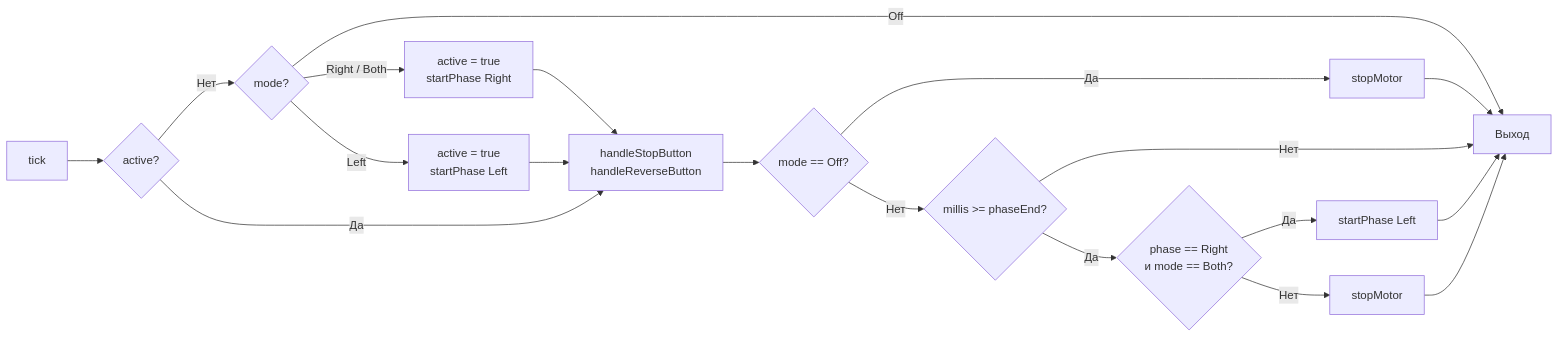
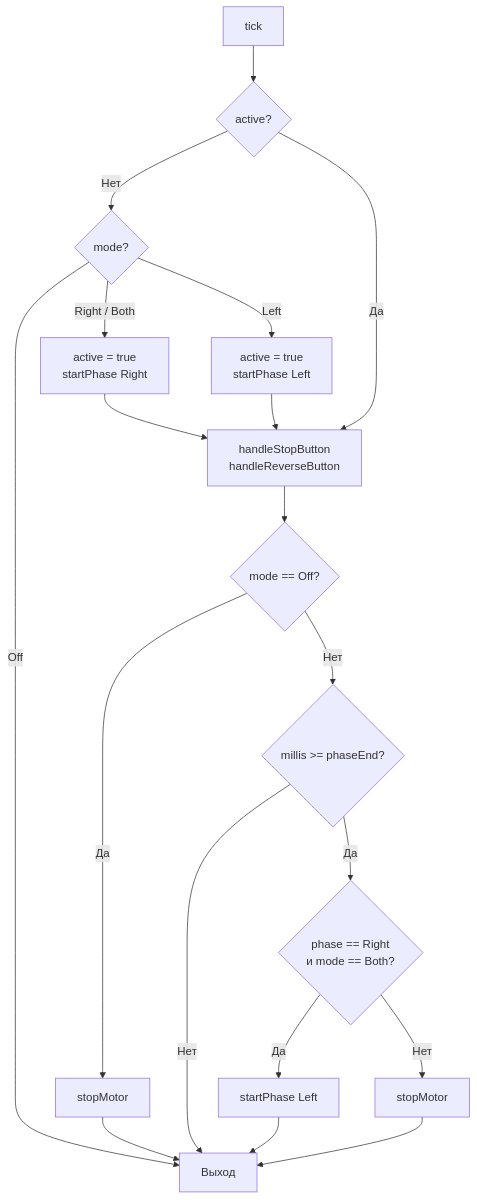
The third of 4 diagrams in description.md (bra1nsht0rm/dosator), drawn with Mermaid before and after one commit.

````diff
--- a/description.md
+++ b/description.md
@@ -158,21 +158,21 @@
 ```mermaid
-flowchart LR
+flowchart TD
     A[tick] --> B{active?}
 
     B -- Нет --> C{mode?}
     C -- Right / Both --> D[active = true<br/>startPhase Right]
     C -- Left --> E[active = true<br/>startPhase Left]
     C -- Off --> Z[Выход]
 
     D --> CHK
     E --> CHK
     B -- Да --> CHK[handleStopButton<br/>handleReverseButton]
 
     CHK --> H{mode == Off?}
     H -- Да --> I[stopMotor] --> Z
     H -- Нет --> J{millis >= phaseEnd?}
     J -- Нет --> Z
     J -- Да --> K{phase == Right<br/>и mode == Both?}
     K -- Да --> L[startPhase Left] --> Z
     K -- Нет --> M[stopMotor] --> Z
 ```
````
